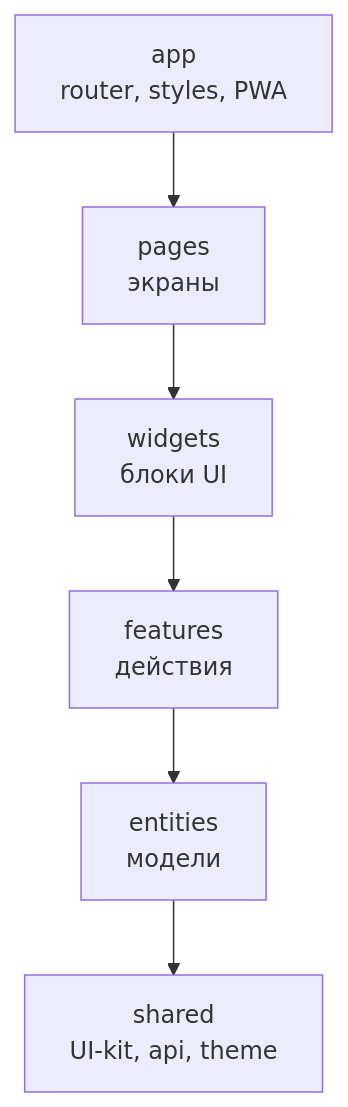
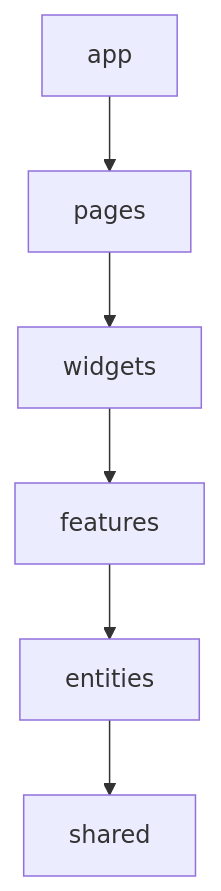
The third of 4 diagrams in docs/system-overview.md (infinite-quiz/backend), drawn with Mermaid before and after one commit. The commit also changed other lines of this file and 3 other files, not shown here.

````diff
--- a/docs/system-overview.md
+++ b/docs/system-overview.md
@@ -23,11 +36,5 @@
 ```mermaid
 flowchart TB
-  app["app<br/>router, styles, PWA"]
-  pages["pages<br/>экраны"]
-  widgets["widgets<br/>блоки UI"]
-  features["features<br/>действия"]
-  entities["entities<br/>модели"]
-  shared["shared<br/>UI-kit, api, theme"]
-
-  app --> pages --> widgets --> features --> entities --> shared
+  app["app"] --> pages["pages"] --> widgets["widgets"]
+  widgets --> features["features"] --> entities["entities"] --> shared["shared"]
 ```
````
